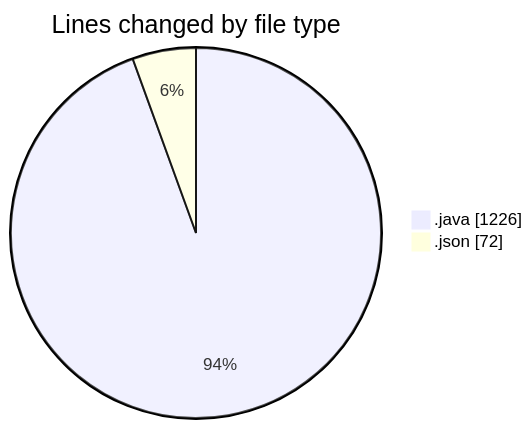
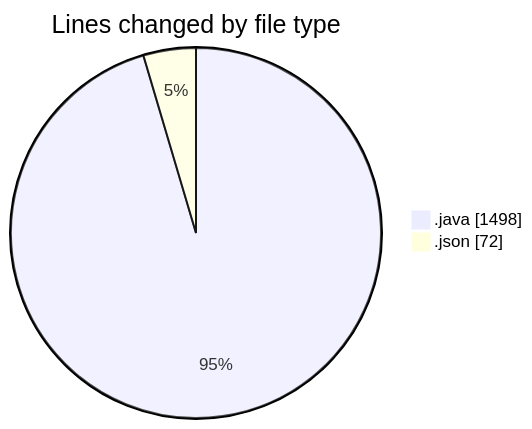
Before and after one commit to charlie-sans/code-tracking: the first of 2 diagrams in 2025-02-22/micros/README.md, drawn with Mermaid. The commit also changed other lines of this file and 1 other file, not shown here.

````diff
--- a/2025-02-22/micros/README.md
+++ b/2025-02-22/micros/README.md
@@ -26,6 +26,6 @@
 ```mermaid
 pie showData
 title Lines changed by file type
-".java" : 1226
+".java" : 1498
 ".json" : 72
 ```
````
